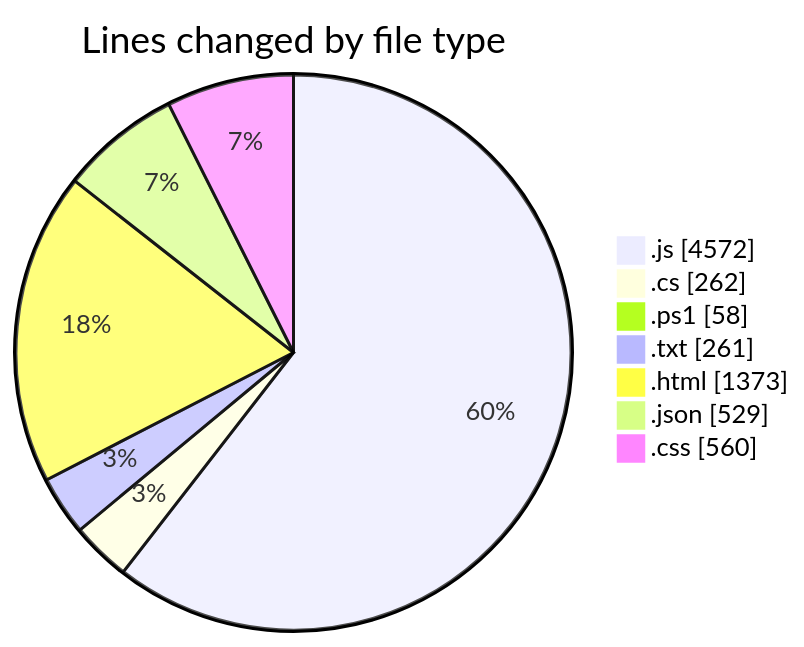
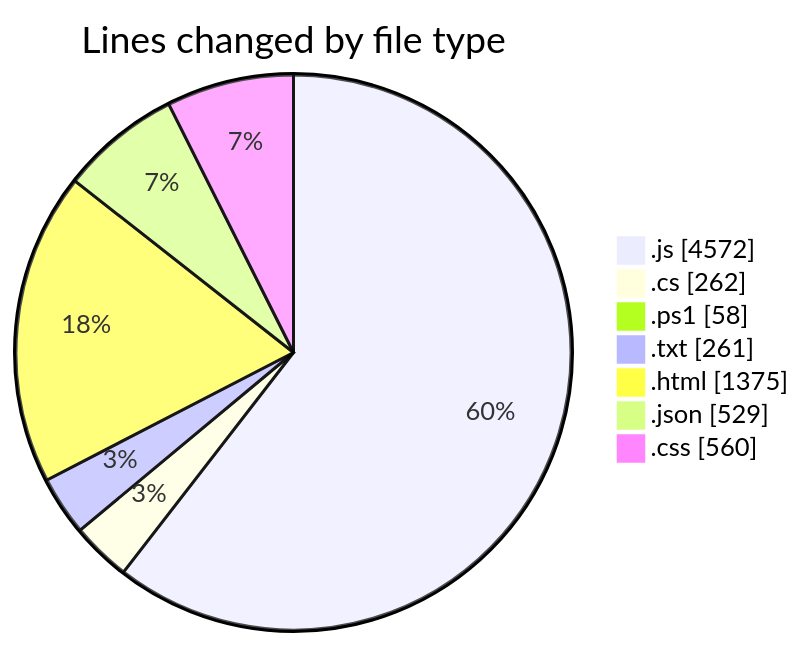
The first of 2 diagrams in 2026-02-17/bot_v1_2/README.md (becaeroporto-bot/code-tracking), drawn with Mermaid before and after one commit. The commit also changed other lines of this file and 1 other file, not shown here.

````diff
--- a/2026-02-17/bot_v1_2/README.md
+++ b/2026-02-17/bot_v1_2/README.md
@@ -38,11 +38,11 @@
 ```mermaid
 pie showData
 title Lines changed by file type
 ".js" : 4572
 ".cs" : 262
 ".ps1" : 58
 ".txt" : 261
-".html" : 1373
+".html" : 1375
 ".json" : 529
 ".css" : 560
 ```
````
